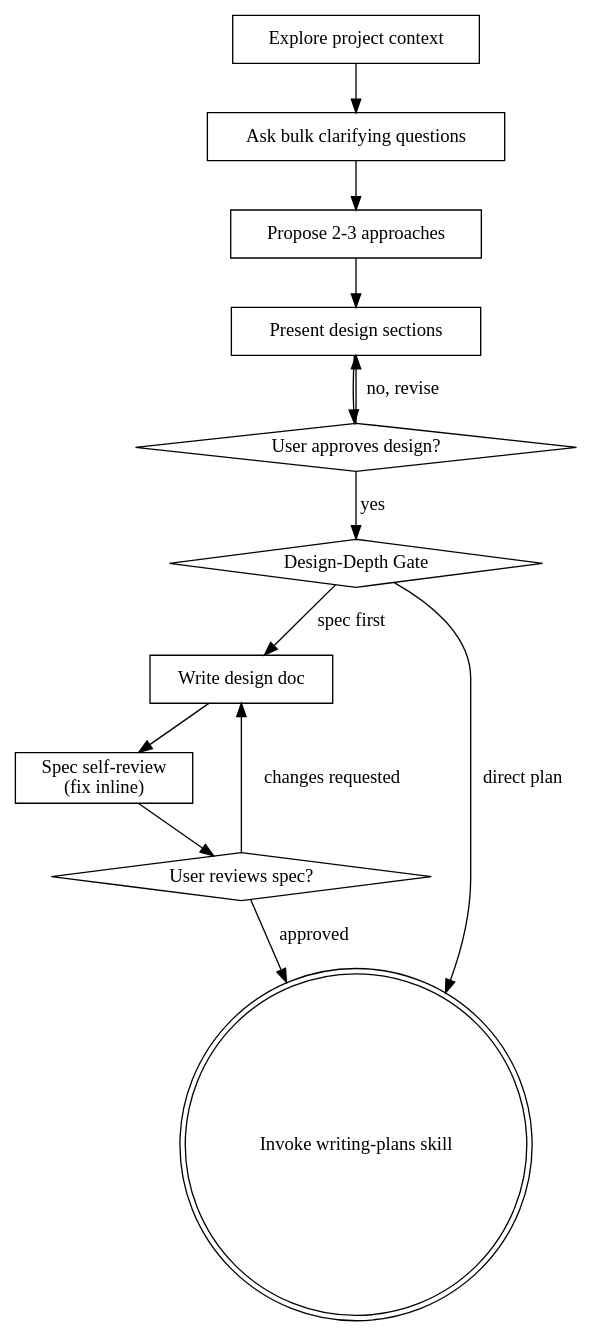
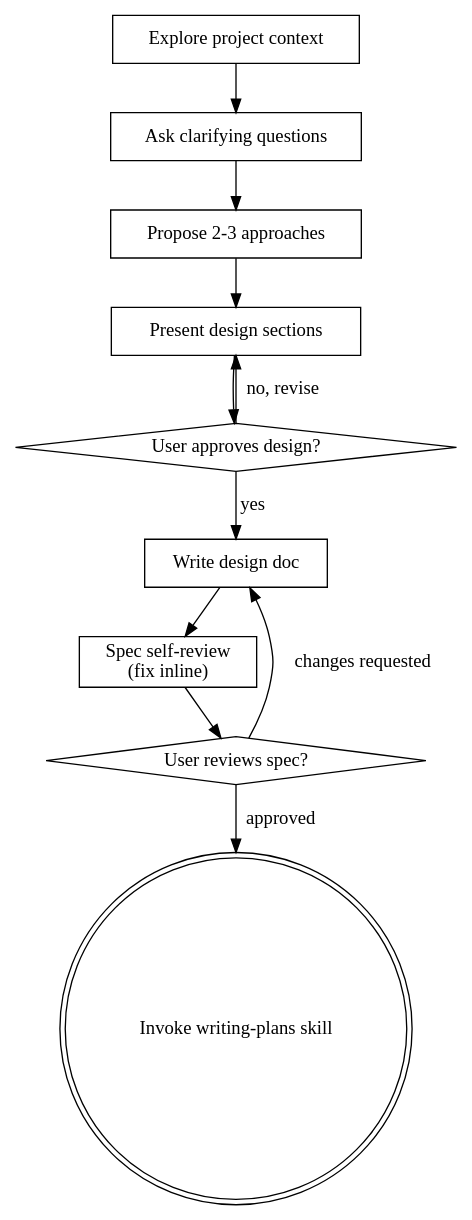
Before and after one commit to pagopa/cloud-strategy.github: the diagram in .github/skills/superpowers-brainstorming/SKILL.md, drawn with Graphviz. The commit also changed other lines of this file and 222 other files, not shown here.

````diff
--- a/.github/skills/superpowers-brainstorming/SKILL.md
+++ b/.github/skills/superpowers-brainstorming/SKILL.md
@@ -37,27 +36,24 @@
 ```dot
 digraph brainstorming {
     "Explore project context" [shape=box];
-    "Ask bulk clarifying questions" [shape=box];
+    "Ask clarifying questions" [shape=box];
     "Propose 2-3 approaches" [shape=box];
     "Present design sections" [shape=box];
     "User approves design?" [shape=diamond];
-    "Design-Depth Gate" [shape=diamond];
     "Write design doc" [shape=box];
     "Spec self-review\n(fix inline)" [shape=box];
     "User reviews spec?" [shape=diamond];
     "Invoke writing-plans skill" [shape=doublecircle];
 
-    "Explore project context" -> "Ask bulk clarifying questions";
-    "Ask bulk clarifying questions" -> "Propose 2-3 approaches";
+    "Explore project context" -> "Ask clarifying questions";
+    "Ask clarifying questions" -> "Propose 2-3 approaches";
     "Propose 2-3 approaches" -> "Present design sections";
     "Present design sections" -> "User approves design?";
     "User approves design?" -> "Present design sections" [label="no, revise"];
-    "User approves design?" -> "Design-Depth Gate" [label="yes"];
-    "Design-Depth Gate" -> "Invoke writing-plans skill" [label="direct plan"];
-    "Design-Depth Gate" -> "Write design doc" [label="spec first"];
+    "User approves design?" -> "Write design doc" [label="yes"];
     "Write design doc" -> "Spec self-review\n(fix inline)";
     "Spec self-review\n(fix inline)" -> "User reviews spec?";
     "User reviews spec?" -> "Write design doc" [label="changes requested"];
     "User reviews spec?" -> "Invoke writing-plans skill" [label="approved"];
 }
 ```
````
